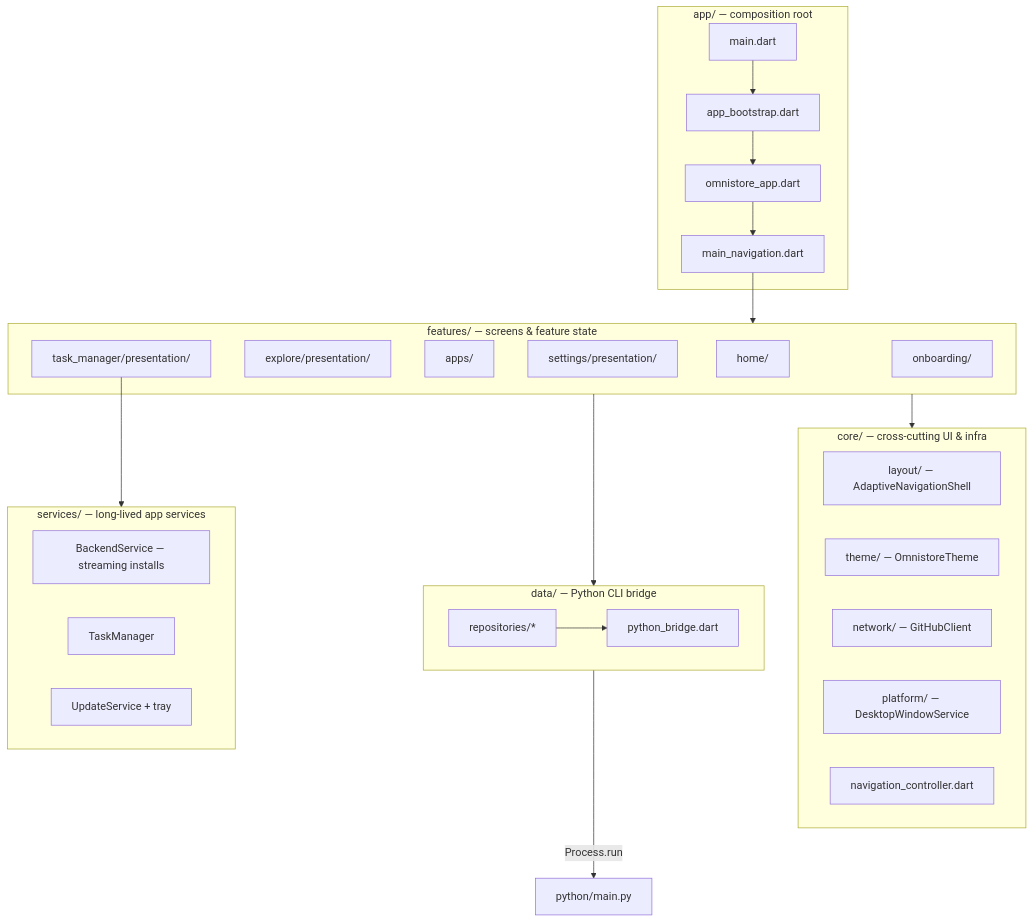
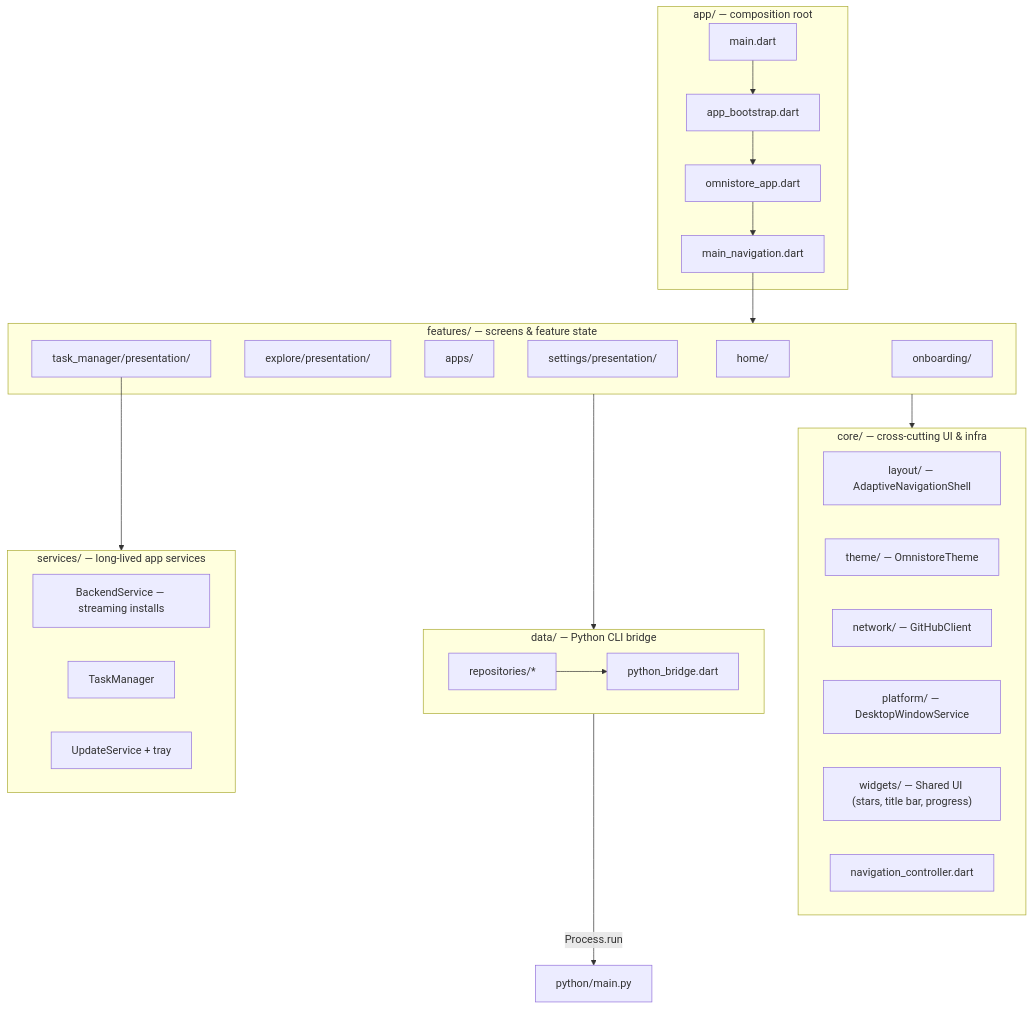
Before and after one commit to QwQdoge/OmniStore: the diagram in FlutterUI/ARCHITECTURE.md, drawn with Mermaid. The commit also changed other lines of this file and 53 other files, not shown here.

````diff
--- a/FlutterUI/ARCHITECTURE.md
+++ b/FlutterUI/ARCHITECTURE.md
@@ -7,45 +7,46 @@
 ```mermaid
 flowchart TB
   subgraph app_layer["app/ — composition root"]
     main["main.dart"]
     bootstrap["app_bootstrap.dart"]
     omnistore["omnistore_app.dart"]
     nav["main_navigation.dart"]
     main --> bootstrap --> omnistore --> nav
   end
 
   subgraph features_layer["features/ — screens & feature state"]
     home["home/"]
     explore["explore/presentation/"]
     apps["apps/"]
     settings["settings/presentation/"]
     tasks["task_manager/presentation/"]
     onboard["onboarding/"]
   end
 
   subgraph core_layer["core/ — cross-cutting UI & infra"]
     layout["layout/ — AdaptiveNavigationShell"]
     theme["theme/ — OmnistoreTheme"]
     network["network/ — GitHubClient"]
     platform["platform/ — DesktopWindowService"]
+    widgets["widgets/ — Shared UI (stars, title bar, progress)"]
     navctl["navigation_controller.dart"]
   end
 
   subgraph data_layer["data/ — Python CLI bridge"]
     bridge["python_bridge.dart"]
     repos["repositories/*"]
     repos --> bridge
   end
 
   subgraph services_layer["services/ — long-lived app services"]
     bs["BackendService — streaming installs"]
     tm["TaskManager"]
     us["UpdateService + tray"]
   end
 
   nav --> features_layer
   features_layer --> data_layer
   features_layer --> core_layer
   tasks --> services_layer
   data_layer -->|"Process.run"| python["python/main.py"]
 ```
````
